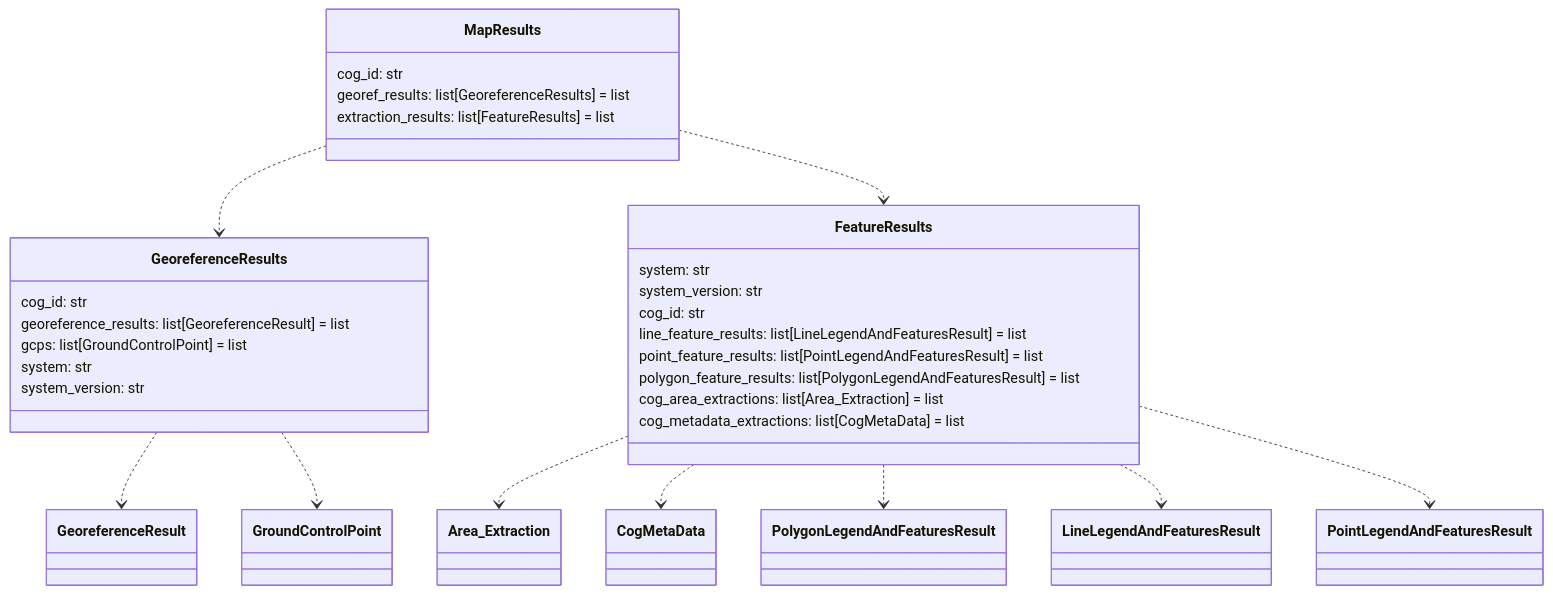
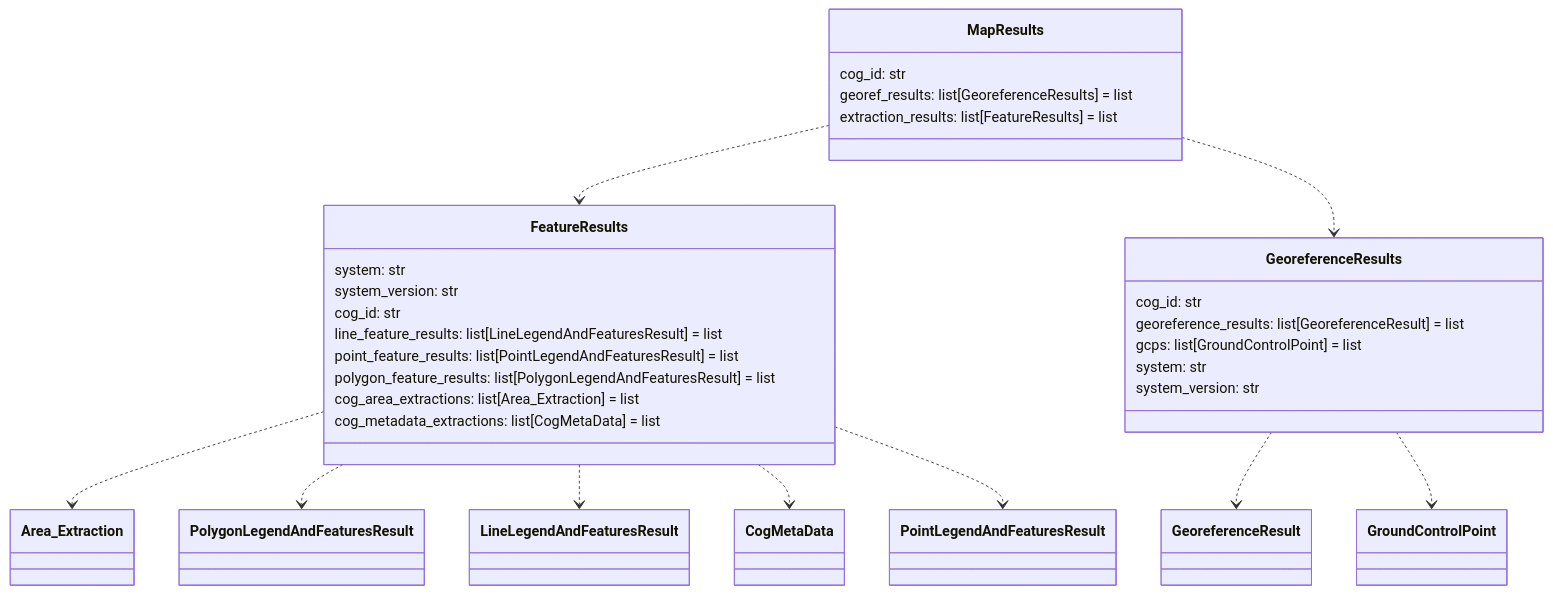
Diagram 11 of 14 in README.md (DARPA-CRITICALMAAS/cdr_schemas), drawn with Mermaid before and after one commit. The commit also changed other lines of this file and 2 other files, not shown here.

````diff
--- a/README.md
+++ b/README.md
@@ -933,40 +901,40 @@
 ```mermaid
 classDiagram
-
-    class GeoreferenceResults {
-        cog_id: str
-        georeference_results: list[GeoreferenceResult] = list
-        gcps: list[GroundControlPoint] = list
-        system: str
-        system_version: str
-    }
-
-    class MapResults {
-        cog_id: str
-        georef_results: list[GeoreferenceResults] = list
-        extraction_results: list[FeatureResults] = list
-    }
 
     class FeatureResults {
         system: str
         system_version: str
         cog_id: str
         line_feature_results: list[LineLegendAndFeaturesResult] = list
         point_feature_results: list[PointLegendAndFeaturesResult] = list
         polygon_feature_results: list[PolygonLegendAndFeaturesResult] = list
         cog_area_extractions: list[Area_Extraction] = list
         cog_metadata_extractions: list[CogMetaData] = list
     }
 
+    class MapResults {
+        cog_id: str
+        georef_results: list[GeoreferenceResults] = list
+        extraction_results: list[FeatureResults] = list
+    }
+
+    class GeoreferenceResults {
+        cog_id: str
+        georeference_results: list[GeoreferenceResult] = list
+        gcps: list[GroundControlPoint] = list
+        system: str
+        system_version: str
+    }
+
     FeatureResults ..> Area_Extraction
-    FeatureResults ..> CogMetaData
     FeatureResults ..> PolygonLegendAndFeaturesResult
     FeatureResults ..> LineLegendAndFeaturesResult
+    FeatureResults ..> CogMetaData
     FeatureResults ..> PointLegendAndFeaturesResult
     GeoreferenceResults ..> GeoreferenceResult
     GeoreferenceResults ..> GroundControlPoint
+    MapResults ..> FeatureResults
     MapResults ..> GeoreferenceResults
-    MapResults ..> FeatureResults
 
 
 ```
````
